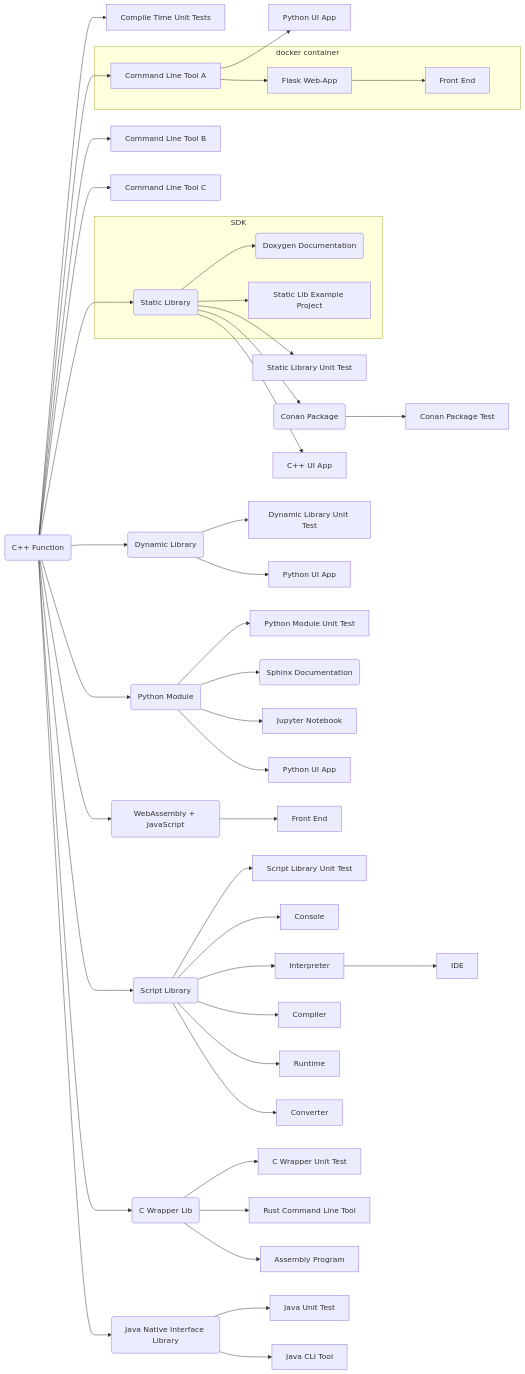
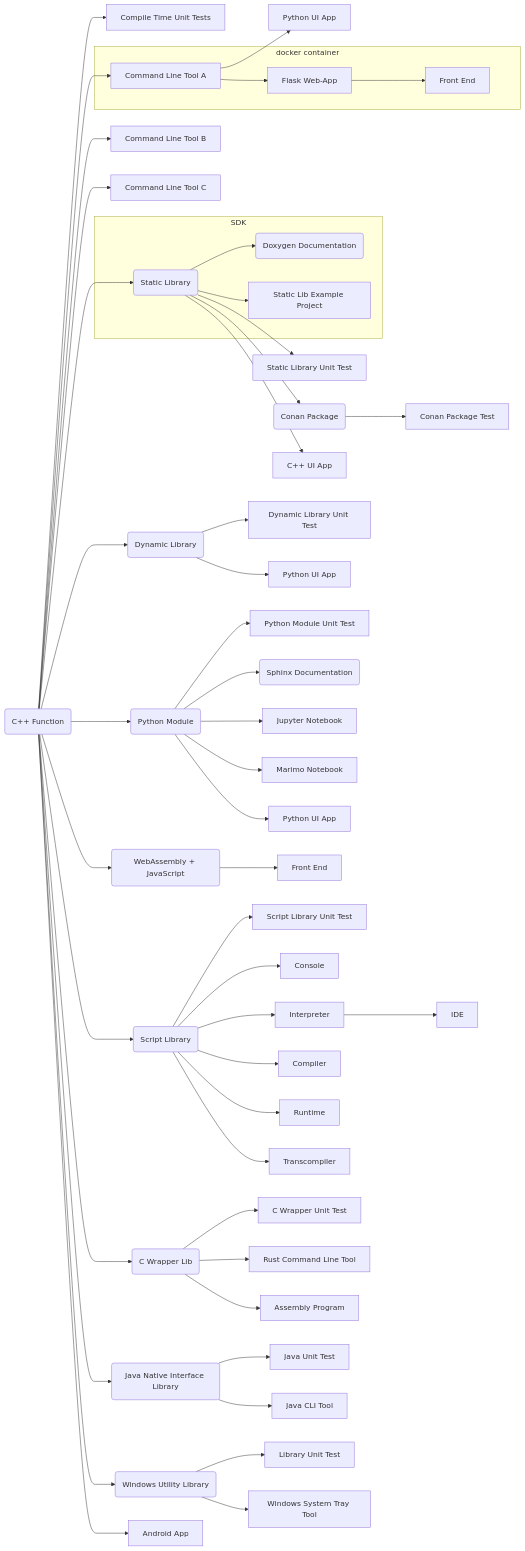
Before and after one commit to SebastianBach/full-stack: the diagram in README.md, drawn with Mermaid. The commit also changed other lines of this file and 85 other files, not shown here.

````diff
--- a/README.md
+++ b/README.md
@@ -54,64 +59,71 @@
 ```mermaid
   flowchart LR;
 
     F(C++ Function) --> CUT[Compile Time Unit Tests];
 
     F --> CLI1[Command Line Tool A]
     F --> CLI2[Command Line Tool B]
     F --> CLI3[Command Line Tool C]
 
     CLI1 --> PYAPP2[Python UI App]
 
     F --> LIB(Static Library)
     
     subgraph SDK
     LIB --> DOXYGEN(Doxygen Documentation)
     LIB --> LIBEX[Static Lib Example Project]
     end
 
     LIB --> LIBTEST[Static Library Unit Test]
     LIB --> C(Conan Package)
 
     LIB --> QTCPP[C++ UI App]
 
     F --> DLL(Dynamic Library)
     DLL --> DLLTEST[Dynamic Library Unit Test]
     DLL --> QTPYDLL[Python UI App]
 
     C --> CT[Conan Package Test]
 
     F --> PY(Python Module)
 
     subgraph docker container
     CLI1 --> SERVER[Flask Web-App]
     SERVER --> FRONT[Front End]
     end
 
     PY --> PYTEST[Python Module Unit Test]
     PY --> SPHINX(Sphinx Documentation)
     PY --> NOTEBOOK[Jupyter Notebook] 
+    PY --> MARIMO[Marimo Notebook]  
     PY --> PYAPP[Python UI App]
 
     F --> WASM(WebAssembly + JavaScript)
 
     WASM --> WASMF[Front End]
 
     F --> SCRIPTLIB(Script Library)
 
     SCRIPTLIB --> SCRIPT_TEST[Script Library Unit Test]
     SCRIPTLIB --> SCRIPT_CONSOLE[Console]
     SCRIPTLIB --> SCRIPT_INTERPRETER[Interpreter]
     SCRIPT_INTERPRETER --> SCRIPT_IDE[IDE]
     SCRIPTLIB --> SCRIPT_COMPILER[Compiler]
     SCRIPTLIB --> SCRIPT_RUNTIME[Runtime]
-    SCRIPTLIB --> SCRIPT_CONVERT[Converter]
+    SCRIPTLIB --> SCRIPT_CONVERT[Transcompiler]
 
     F --> CWRAPPER(C Wrapper Lib)
     CWRAPPER --> CWRAPPER_TEST[C Wrapper Unit Test]
     CWRAPPER --> RUST_APP[Rust Command Line Tool]  
     CWRAPPER --> ASM[Assembly Program] 
 
     F --> JAVA_LIB(Java Native Interface Library)
     JAVA_LIB --> JAVA_UNIT_TEST[Java Unit Test]  
     JAVA_LIB --> JAVA_APP[Java CLI Tool] 
+
+    F --> WIN_LIB(Windows Utility Library)
+    WIN_LIB --> WIN_LIB_TEST[Library Unit Test]
+    WIN_LIB --> WIN_TRAY[Windows System Tray Tool]
+
+    F --> ANDROID[Android App] 
 ```
````
